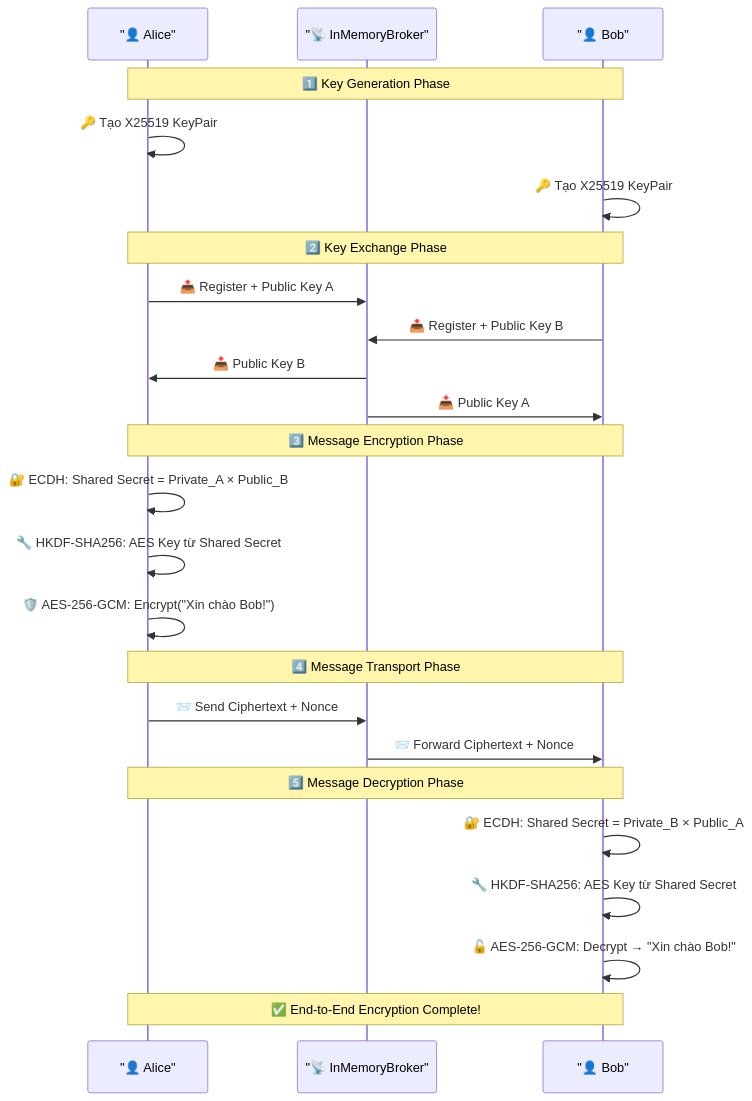
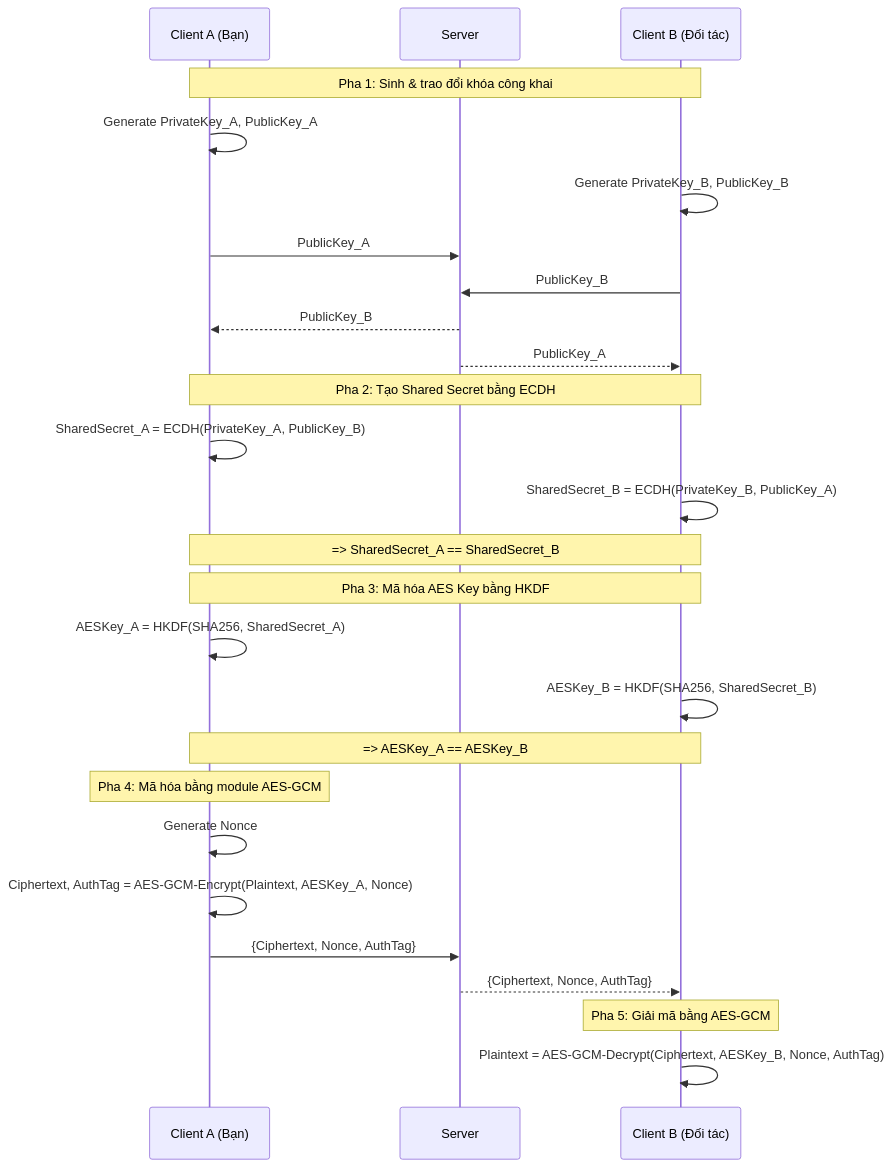
The fourth of 5 diagrams in README.md (dammanhdungvn/e2ee_chat), drawn with Mermaid before and after one commit. The commit also changed 5 other files, not shown here.

````diff
--- a/README.md
+++ b/README.md
@@ -219,32 +219,36 @@
 ```mermaid
 sequenceDiagram
-    participant Alice as "👤 Alice"
-    participant Broker as "📡 InMemoryBroker"
-    participant Bob as "👤 Bob"
+    participant A as Client A (Bạn)
+    participant S as Server
+    participant B as Client B (Đối tác)
+
+    Note over A,B: Pha 1: Sinh & trao đổi khóa công khai
+    A->>A: Generate PrivateKey_A, PublicKey_A
+    B->>B: Generate PrivateKey_B, PublicKey_B
+
+    A->>S: PublicKey_A
+    B->>S: PublicKey_B
+    S-->>A: PublicKey_B
+    S-->>B: PublicKey_A
+
+    Note over A,B: Pha 2: Tạo Shared Secret bằng ECDH
+    A->>A: SharedSecret_A = ECDH(PrivateKey_A, PublicKey_B)
+    B->>B: SharedSecret_B = ECDH(PrivateKey_B, PublicKey_A)
+    Note over A,B: => SharedSecret_A == SharedSecret_B
+
+
+
+    Note over A,B: Pha 3: Mã hóa AES Key bằng HKDF
+    A->>A: AESKey_A = HKDF(SHA256, SharedSecret_A)
+    B->>B: AESKey_B = HKDF(SHA256, SharedSecret_B)
+    Note over A,B: => AESKey_A == AESKey_B
     
-    Note over Alice,Bob: 1️⃣ Key Generation Phase
-    Alice->>Alice: 🔑 Tạo X25519 KeyPair
-    Bob->>Bob: 🔑 Tạo X25519 KeyPair
-    
-    Note over Alice,Bob: 2️⃣ Key Exchange Phase
-    Alice->>Broker: 📤 Register + Public Key A
-    Bob->>Broker: 📤 Register + Public Key B
-    Broker->>Alice: 📥 Public Key B
-    Broker->>Bob: 📥 Public Key A
-    
-    Note over Alice,Bob: 3️⃣ Message Encryption Phase
-    Alice->>Alice: 🔐 ECDH: Shared Secret = Private_A × Public_B
-    Alice->>Alice: 🔧 HKDF-SHA256: AES Key từ Shared Secret
-    Alice->>Alice: 🛡️ AES-256-GCM: Encrypt("Xin chào Bob!")
-    
-    Note over Alice,Bob: 4️⃣ Message Transport Phase
-    Alice->>Broker: 📨 Send Ciphertext + Nonce
-    Broker->>Bob: 📨 Forward Ciphertext + Nonce
-    
-    Note over Alice,Bob: 5️⃣ Message Decryption Phase
-    Bob->>Bob: 🔐 ECDH: Shared Secret = Private_B × Public_A
-    Bob->>Bob: 🔧 HKDF-SHA256: AES Key từ Shared Secret
-    Bob->>Bob: 🔓 AES-256-GCM: Decrypt → "Xin chào Bob!"
-    
-    Note over Alice,Bob: ✅ End-to-End Encryption Complete!
+    Note over A: Pha 4: Mã hóa bằng module AES-GCM
+    A->>A: Generate Nonce
+    A->>A: Ciphertext, AuthTag = AES-GCM-Encrypt(Plaintext, AESKey_A, Nonce)
+    A->>S: {Ciphertext, Nonce, AuthTag}
+    S-->>B: {Ciphertext, Nonce, AuthTag}
+
+    Note over B: Pha 5: Giải mã bằng AES-GCM
+    B->>B: Plaintext = AES-GCM-Decrypt(Ciphertext, AESKey_B, Nonce, AuthTag)
 ```
````
